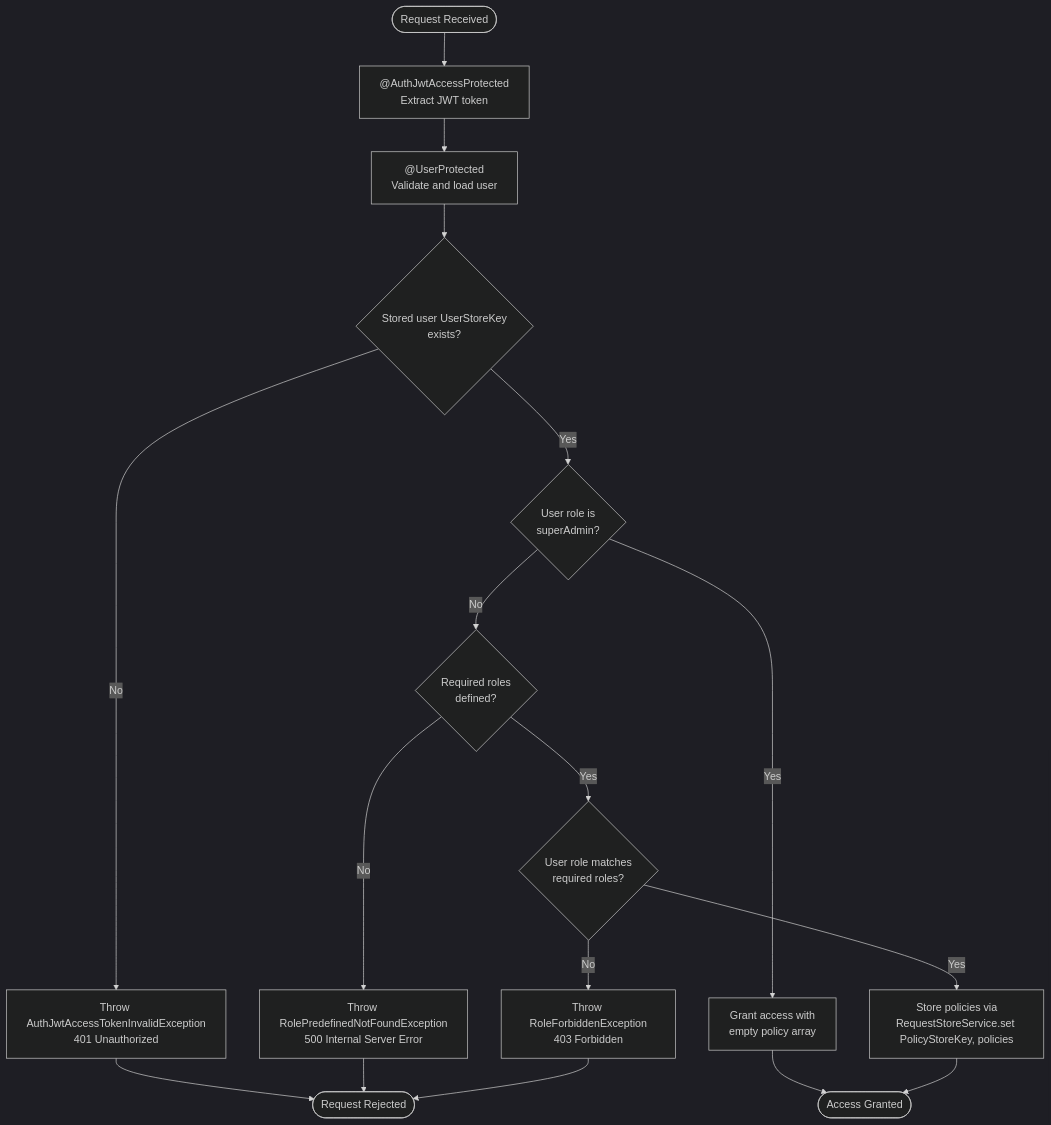
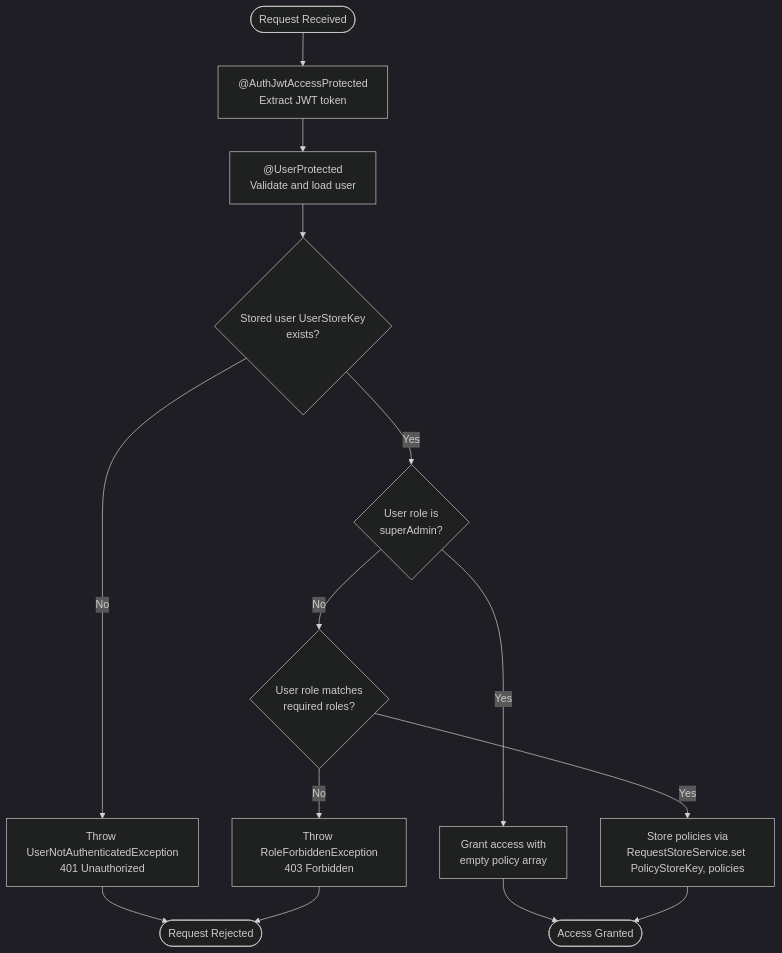
The second of 5 diagrams in docs/authorization.md (andrechristikan/ack-nestjs-boilerplate), drawn with Mermaid (dark theme) before and after one commit. The commit also changed other lines of this file and 387 other files, not shown here.

Commit message:
refactor: Base pagination search, activity-log naming, FCM token retry, and typed error handling

````diff
--- a/docs/authorization.md
+++ b/docs/authorization.md
@@ -323,25 +329,21 @@
 ```mermaid
 flowchart TD
     Start([Request Received]) --> JwtGuard[ @AuthJwtAccessProtected<br/>Extract JWT token]
     JwtGuard --> UserGuard[ @UserProtected<br/>Validate and load user]
     UserGuard --> CheckUser{Stored user UserStoreKey<br/>exists?}
 
-    CheckUser -->|No| ErrorUser[Throw AuthJwtAccessTokenInvalidException<br/>401 Unauthorized]
+    CheckUser -->|No| ErrorUser[Throw UserNotAuthenticatedException<br/>401 Unauthorized]
     CheckUser -->|Yes| CheckSuperAdmin{User role is<br/>superAdmin?}
 
     CheckSuperAdmin -->|Yes| GrantSuperAdmin[Grant access with<br/>empty policy array]
-    CheckSuperAdmin -->|No| CheckRequired{Required roles<br/>defined?}
-
-    CheckRequired -->|No| ErrorPredefined[Throw RolePredefinedNotFoundException<br/>500 Internal Server Error]
-    CheckRequired -->|Yes| CheckRoleMatch{User role matches<br/>required roles?}
+    CheckSuperAdmin -->|No| CheckRoleMatch{User role matches<br/>required roles?}
 
     CheckRoleMatch -->|No| ErrorForbidden[Throw RoleForbiddenException<br/>403 Forbidden]
     CheckRoleMatch -->|Yes| SetAbilities[Store policies via<br/>RequestStoreService.set PolicyStoreKey, policies]
 
     GrantSuperAdmin --> Success([Access Granted])
     SetAbilities --> Success
 
     ErrorUser --> End([Request Rejected])
-    ErrorPredefined --> End
     ErrorForbidden --> End
 ```
````
